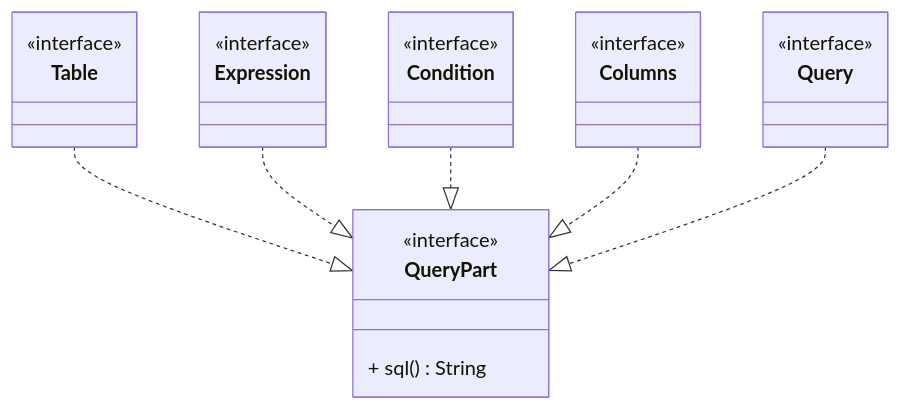
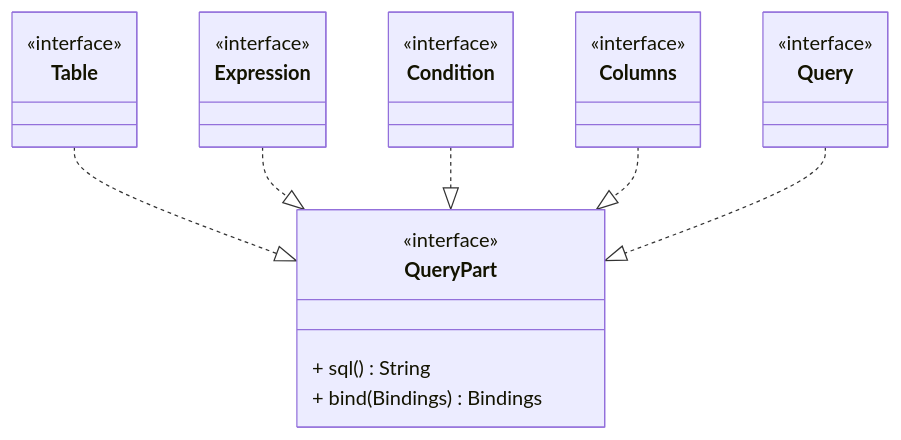
Before and after one commit to safarislava/QueryBricks: the seventh of 13 diagrams in docs/domain.md, drawn with Mermaid. The commit also changed other lines of this file and 1 other file, not shown here.

````diff
--- a/docs/domain.md
+++ b/docs/domain.md
@@ -261,33 +262,34 @@
 ```mermaid
 classDiagram
     class QueryPart {
         <<interface>>
         + sql() String
+        + bind(Bindings) Bindings
     }
 
     class Table {
         <<interface>>
     }
     Table ..|> QueryPart
 
     class Expression {
         <<interface>>
     }
     Expression ..|> QueryPart
 
     class Condition {
         <<interface>>
     }
     Condition ..|> QueryPart
 
     class Columns {
         <<interface>>
     }
     Columns ..|> QueryPart
 
 
     class Query {
         <<interface>>
     }
     Query ..|> QueryPart
 ```
````
